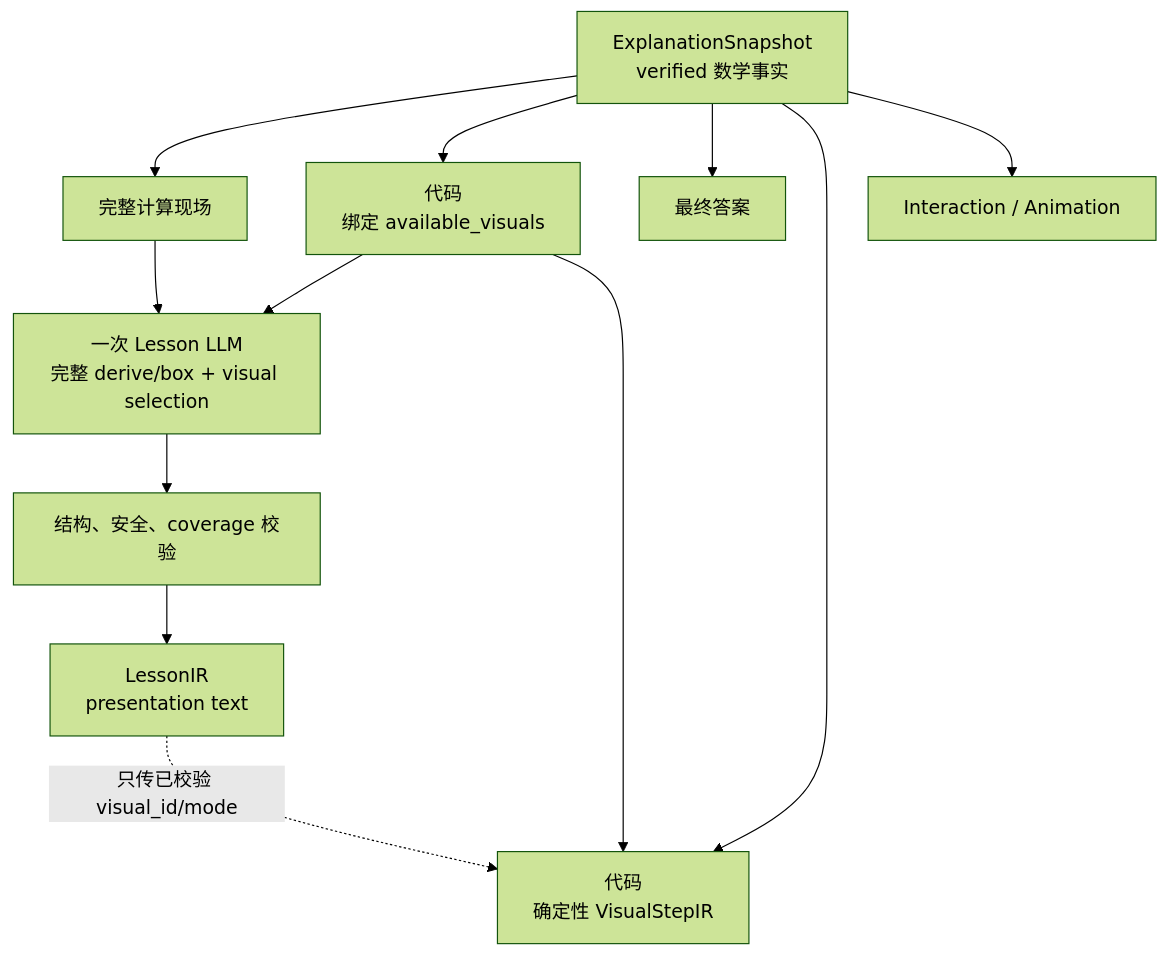
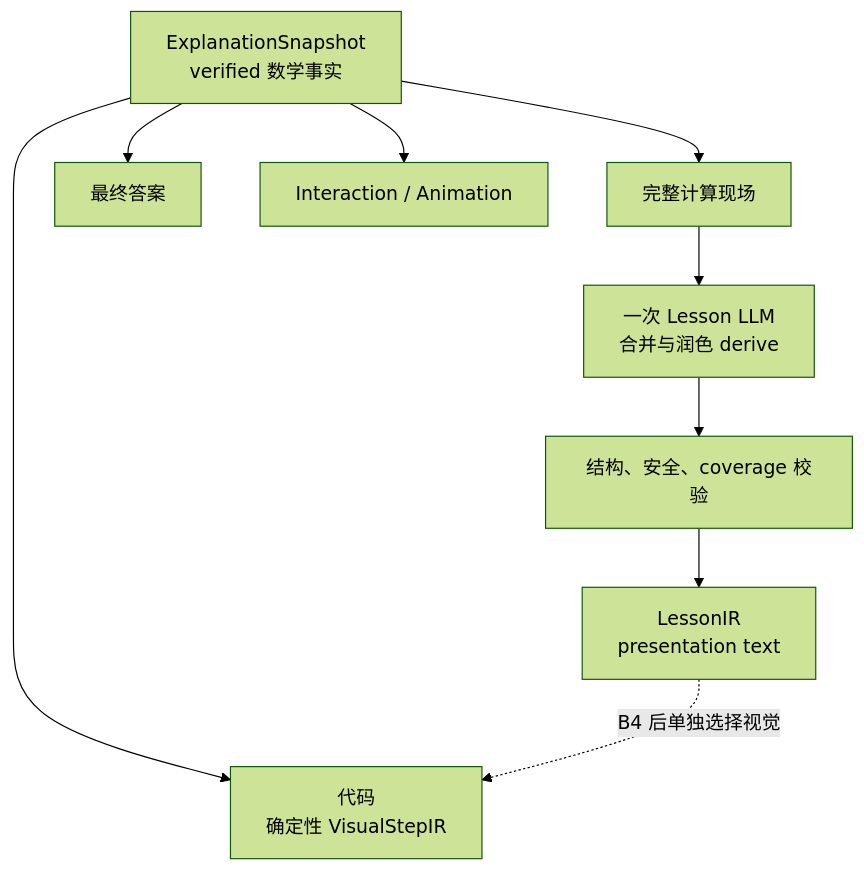
Before and after one commit to rongchenxu100/shuxueshuo: the fourth of 7 diagrams in docs/lesson-scope-llm-authoring-vnext-design.md, drawn with Mermaid (forest theme). The commit also changed other lines of this file and 26 other files, not shown here.

````diff
--- a/docs/lesson-scope-llm-authoring-vnext-design.md
+++ b/docs/lesson-scope-llm-authoring-vnext-design.md
@@ -1131,22 +1085,19 @@
 ```mermaid
 flowchart TB
   SNAP["ExplanationSnapshot<br/>verified 数学事实"]
   INPUT["完整计算现场"]
-  CAND["代码<br/>绑定 available_visuals"]
-  LLM["一次 Lesson LLM<br/>完整 derive/box + visual selection"]
+  LLM["一次 Lesson LLM<br/>合并与润色 derive"]
   STRUCT["结构、安全、coverage 校验"]
   LESSON["LessonIR<br/>presentation text"]
   ANSWER["最终答案"]
   VISUAL["代码<br/>确定性 VisualStepIR"]
   IA["Interaction / Animation"]
 
   SNAP --> INPUT
-  SNAP --> CAND
   INPUT --> LLM
-  CAND --> LLM --> STRUCT --> LESSON
+  LLM --> STRUCT --> LESSON
   SNAP --> ANSWER
   SNAP --> VISUAL
-  CAND --> VISUAL
-  LESSON -. "只传已校验 visual_id/mode" .-> VISUAL
+  LESSON -. "B4 后单独选择视觉" .-> VISUAL
   SNAP --> IA
 ```
````
